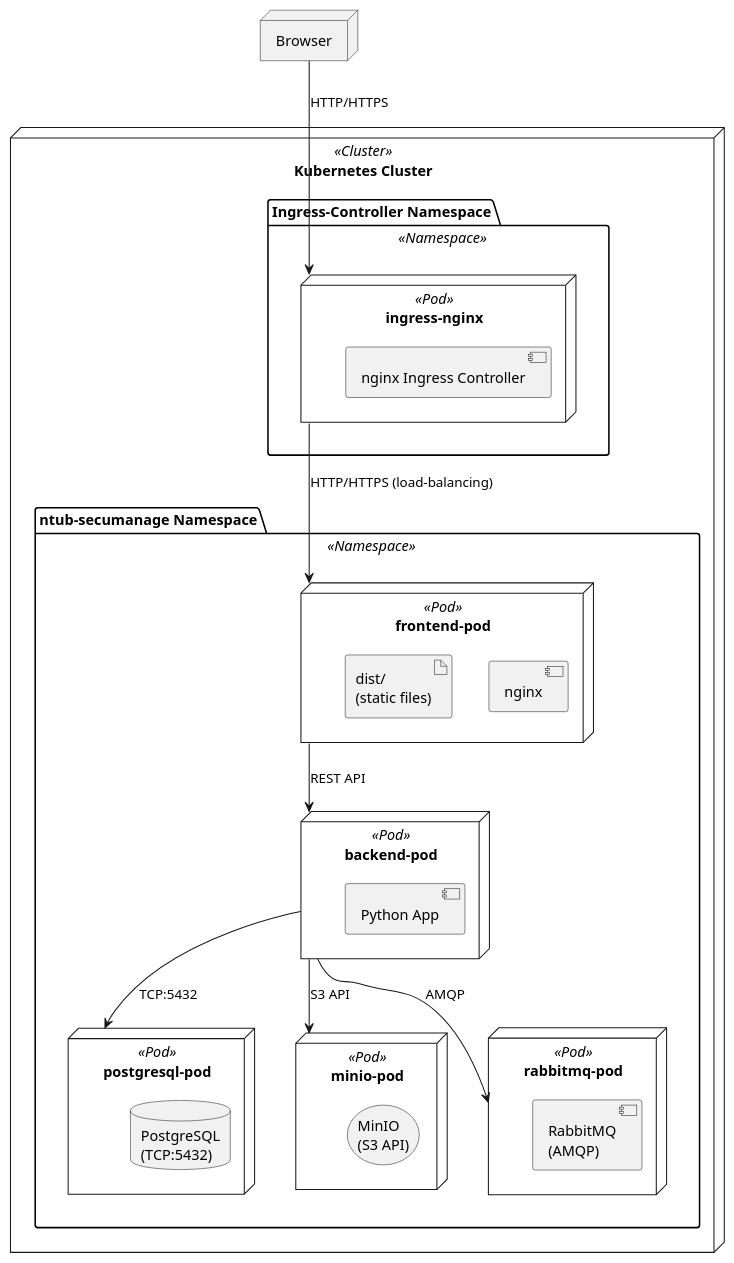
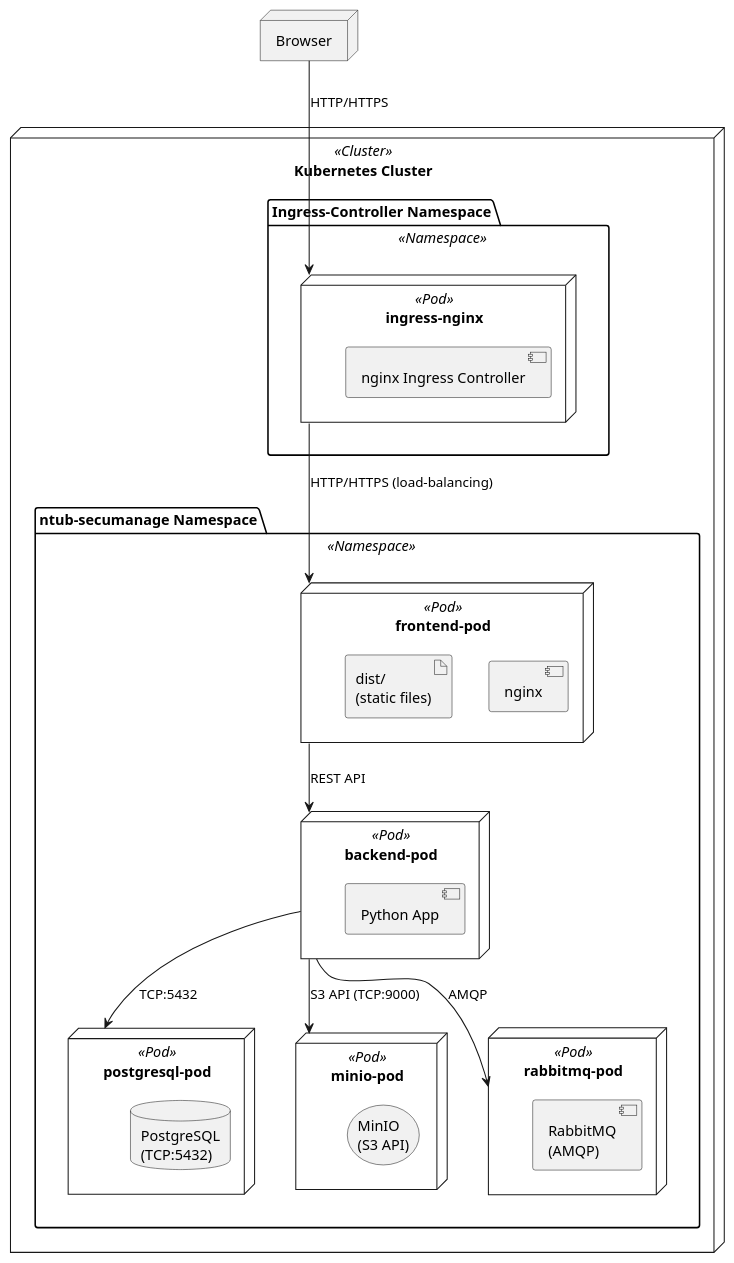
Before and after one commit to walle45611/NTUB_SecuManag_Diagram: the diagram in plantUML/Deployment/deployment.puml, drawn with PlantUML. The commit also changed 25 other files, not shown here.

First line of the commit message:
(refact): 修改檔案路徑，循序圖調整 (#19)

```diff
--- a/plantUML/Deployment/deployment.puml
+++ b/plantUML/Deployment/deployment.puml
@@ -1,36 +1,36 @@
 @startuml
 node "Browser" 
 
 node "Kubernetes Cluster" <<Cluster>> {
   package "Ingress-Controller Namespace" <<Namespace>> {
     node "ingress-nginx" <<Pod>> as IngressController {
       component "nginx Ingress Controller"
     }
   }
   package "ntub-secumanage Namespace" <<Namespace>> {
     node "frontend-pod" <<Pod>> as FE {
       component "nginx"
       artifact "dist/\n(static files)"
     }
     node "backend-pod" <<Pod>> as BE {
       component "Python App"
     }
     node "postgresql-pod" <<Pod>> as DB {
       database "PostgreSQL\n(TCP:5432)"
     }
     node "minio-pod" <<Pod>> as S3 {
       storage "MinIO\n(S3 API)"
     }
     node "rabbitmq-pod" <<Pod>> as RMQ {
       component "RabbitMQ\n(AMQP)"
     }
   }
 }
 
 Browser --> IngressController : HTTP/HTTPS
 IngressController --> FE   : HTTP/HTTPS (load-balancing)
 FE               --> BE   : REST API
 BE               --> DB   : TCP:5432
-BE               --> S3   : S3 API
+BE               --> S3   : S3 API (TCP:9000)
 BE               --> RMQ  : AMQP
 @enduml
```
